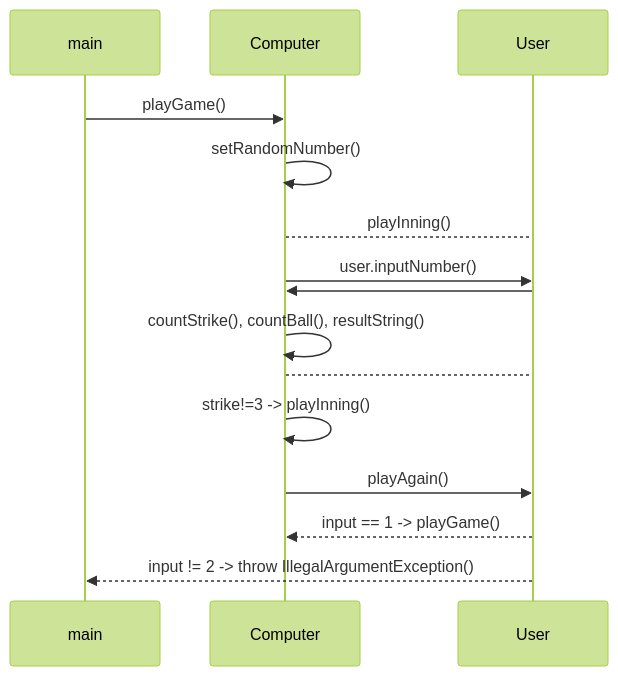
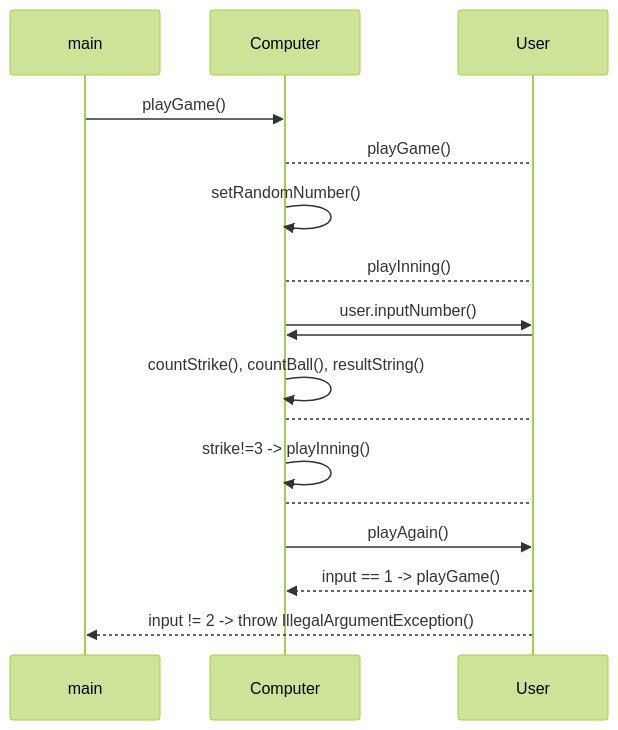
One commit to woowacourse-precourse/kotlin-baseball-6 changed the diagram in docs/Readme.md. Above: the diagram before and after it, drawn with Mermaid (forest theme).

````diff
--- a/docs/Readme.md
+++ b/docs/Readme.md
@@ -36,14 +36,16 @@
 ```mermaid
 sequenceDiagram
 main ->> Computer: playGame()
+Computer-->User: playGame()
 Computer->> Computer: setRandomNumber()
 Computer-->User: playInning()
 Computer->>User: user.inputNumber()
 User->>Computer: 
 Computer->> Computer: countStrike(), countBall(), resultString()
 Computer-->User: 
 Computer->>Computer: strike!=3 -> playInning()
+Computer-->User: 
 Computer->> User: playAgain()
 User-->> Computer: input == 1 -> playGame()
 User-->> main: input != 2 -> throw IllegalArgumentException()
 ```
````
